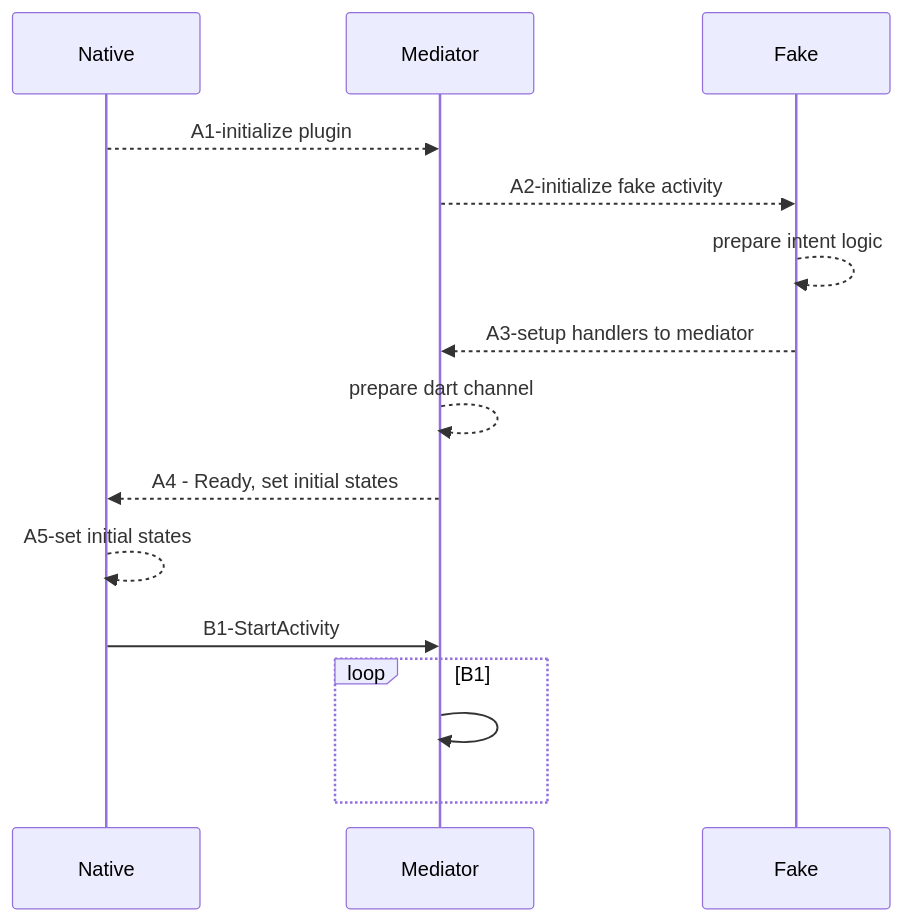
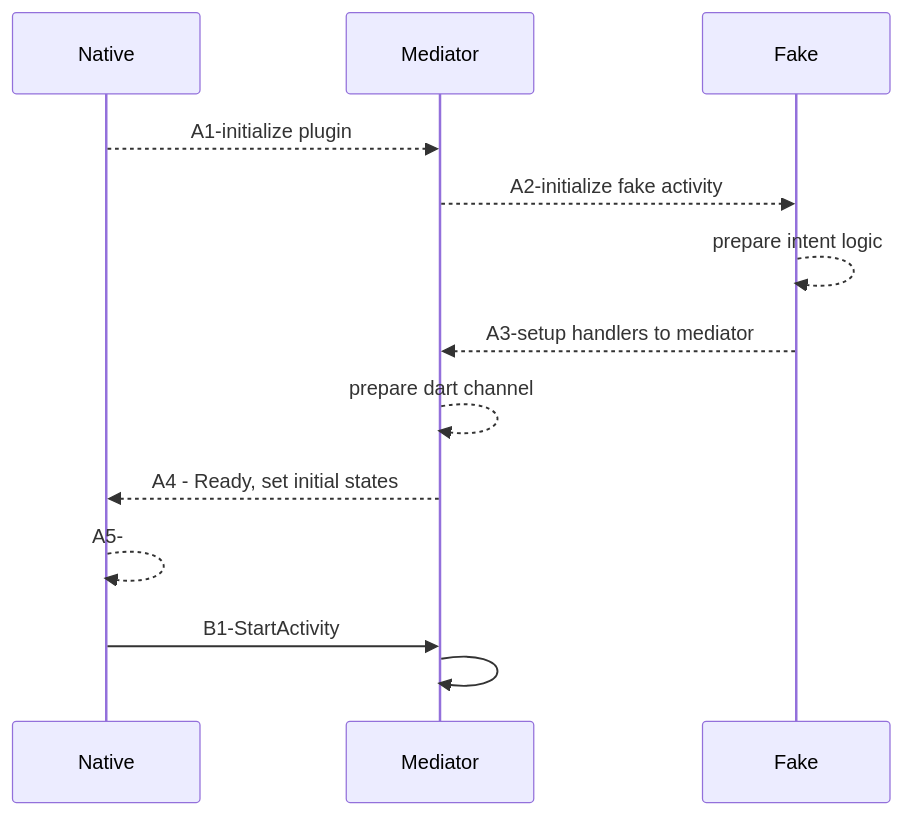
One commit to gordianknotC/nxp_note changed the second of 2 diagrams in flutter/addActivityResultListener.md. Above: the diagram before and after it, drawn with Mermaid. The commit also changed other lines of this file, not shown here.

Commit message:
flutter/addActivityResultListener.md updated from https://stackedit.io/

````diff
--- a/flutter/addActivityResultListener.md
+++ b/flutter/addActivityResultListener.md
@@ -55,18 +55,18 @@
 ```mermaid
 sequenceDiagram
+participant Native
+participant Mediator
+participant Fake
+
 Native -->> Mediator: A1-initialize plugin
 Mediator -->> Fake: A2-initialize fake activity
- 
 Fake -->> Fake: prepare intent logic
- 
 Fake -->> Mediator: A3-setup handlers to mediator
- 
 Mediator -->> Mediator: prepare dart channel
- 
 Mediator -->> Native: A4 - Ready, set initial states
-Native -->> Native: A5-set initial states
+Native -->> Native: A5-
+
 Native ->> Mediator: B1-StartActivity
-loop B1
-	Mediator ->> Mediator: 
-end
+Mediator ->> Mediator: 
+
 ```
````
